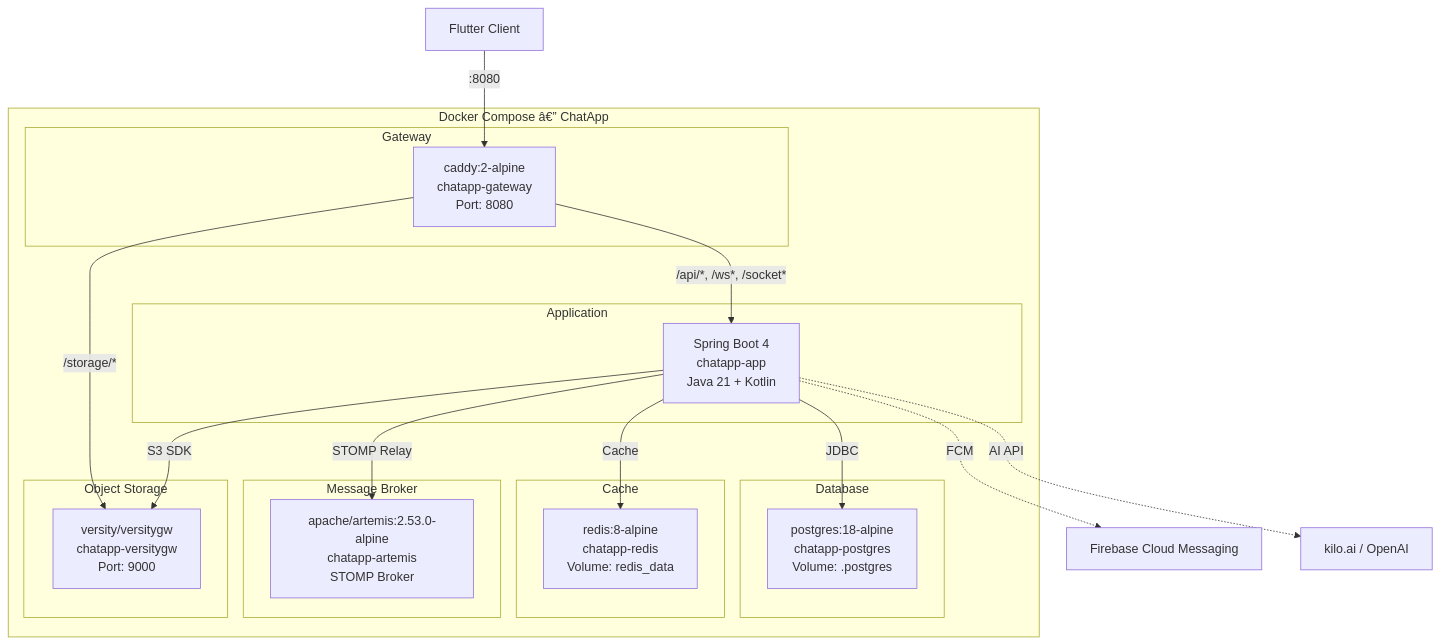
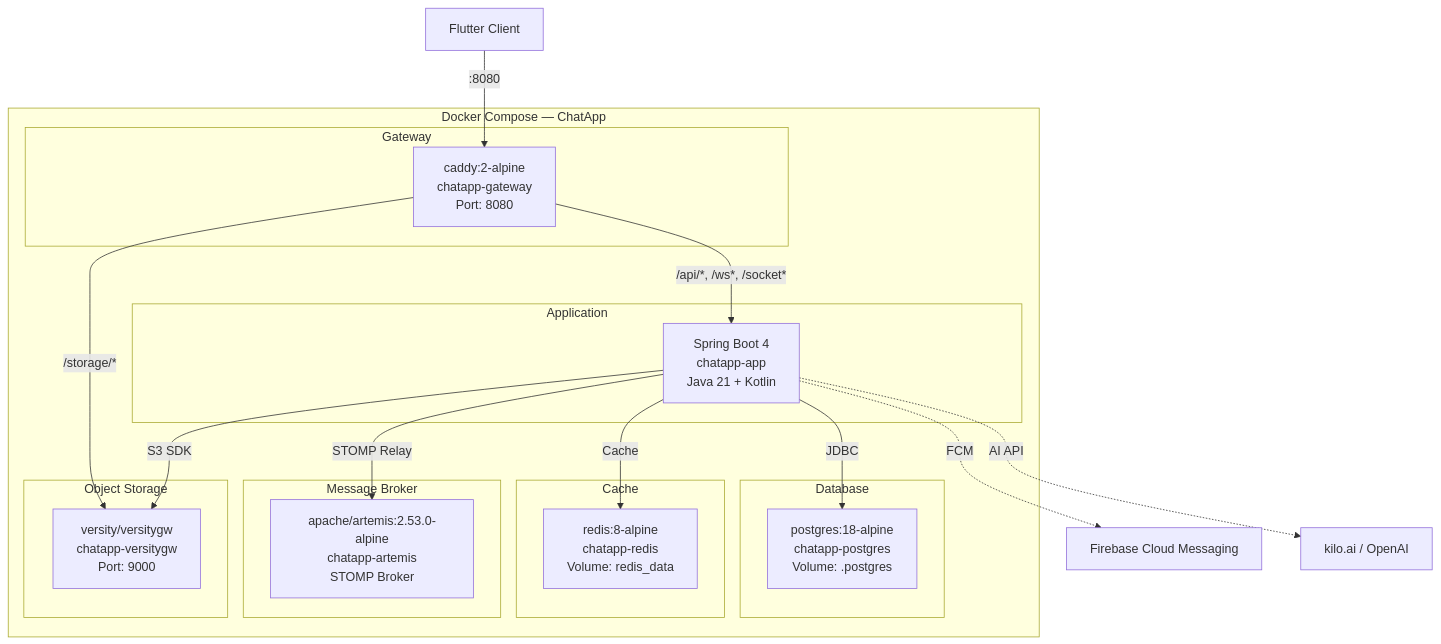
Before and after one commit to HiepNguyen284/chatapp: the tenth of 10 diagrams in bao_cao_thanh_vien_1.md, drawn with Mermaid. The commit also changed other lines of this file and 1 other file, not shown here.

````diff
--- a/bao_cao_thanh_vien_1.md
+++ b/bao_cao_thanh_vien_1.md
@@ -1135,38 +1135,38 @@
 ```mermaid
 graph TB
-    subgraph DockerCompose["Docker Compose â€” ChatApp"]
+    subgraph DockerCompose["Docker Compose — ChatApp"]
         subgraph GW["Gateway"]
             Caddy["caddy:2-alpine<br/>chatapp-gateway<br/>Port: 8080"]
         end
 
         subgraph App["Application"]
             SpringBoot["Spring Boot 4<br/>chatapp-app<br/>Java 21 + Kotlin"]
         end
 
         subgraph DB["Database"]
             Postgres["postgres:18-alpine<br/>chatapp-postgres<br/>Volume: .postgres"]
         end
 
         subgraph Cache["Cache"]
             Redis["redis:8-alpine<br/>chatapp-redis<br/>Volume: redis_data"]
         end
 
         subgraph Broker["Message Broker"]
             Artemis["apache/artemis:2.53.0-alpine<br/>chatapp-artemis<br/>STOMP Broker"]
         end
 
         subgraph ObjStore["Object Storage"]
             VersityGW["versity/versitygw<br/>chatapp-versitygw<br/>Port: 9000"]
         end
     end
 
     Client["Flutter Client"] -->|":8080"| Caddy
     Caddy -->|"/api/*, /ws*, /socket*"| SpringBoot
     Caddy -->|"/storage/*"| VersityGW
     SpringBoot -->|"JDBC"| Postgres
     SpringBoot -->|"Cache"| Redis
     SpringBoot -->|"STOMP Relay"| Artemis
     SpringBoot -->|"S3 SDK"| VersityGW
     SpringBoot -.->|"FCM"| Firebase["Firebase Cloud Messaging"]
     SpringBoot -.->|"AI API"| OpenAI["kilo.ai / OpenAI"]
 ```
````
